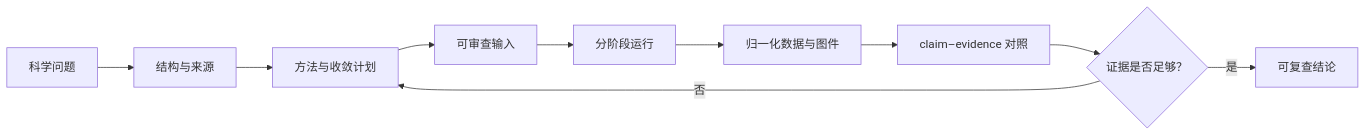
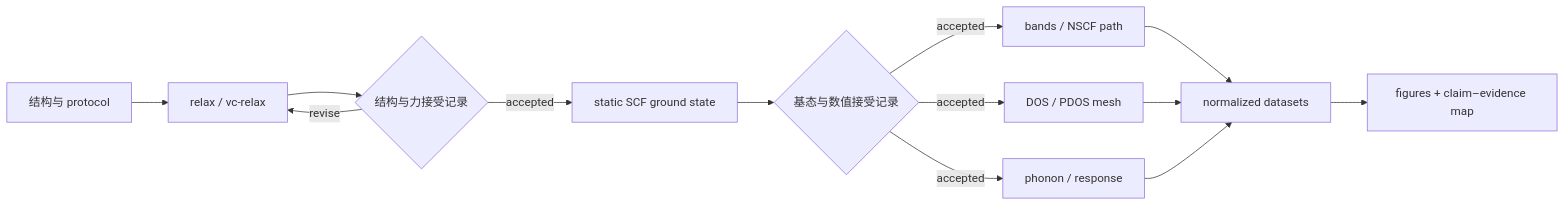
The first of 2 diagrams in README.md (Maxwell3919/Vibe-DFT-Skills), drawn with Mermaid before and after one commit. The commit also changed other lines of this file and 11 other files, not shown here.

````diff
--- a/README.md
+++ b/README.md
@@ -31,12 +166,15 @@
 ```mermaid
 flowchart LR
-    Q["科学问题"] --> S["结构与来源"]
-    S --> P["方法与收敛计划"]
-    P --> I["可审查输入"]
-    I --> R["分阶段运行"]
-    R --> D["归一化数据与图件"]
-    D --> E["claim–evidence 对照"]
-    E --> C{"证据是否足够？"}
-    C -- "否" --> P
-    C -- "是" --> O["可复查结论"]
+    S["结构与 protocol"] --> R["relax / vc-relax"]
+    R --> G{"结构与力接受记录"}
+    G -->|accepted| SCF["static SCF ground state"]
+    G -->|revise| R
+    SCF --> P{"基态与数值接受记录"}
+    P -->|accepted| B["bands / NSCF path"]
+    P -->|accepted| D["DOS / PDOS mesh"]
+    P -->|accepted| PH["phonon / response"]
+    B --> N["normalized datasets"]
+    D --> N
+    PH --> N
+    N --> F["figures + claim–evidence map"]
 ```
````
